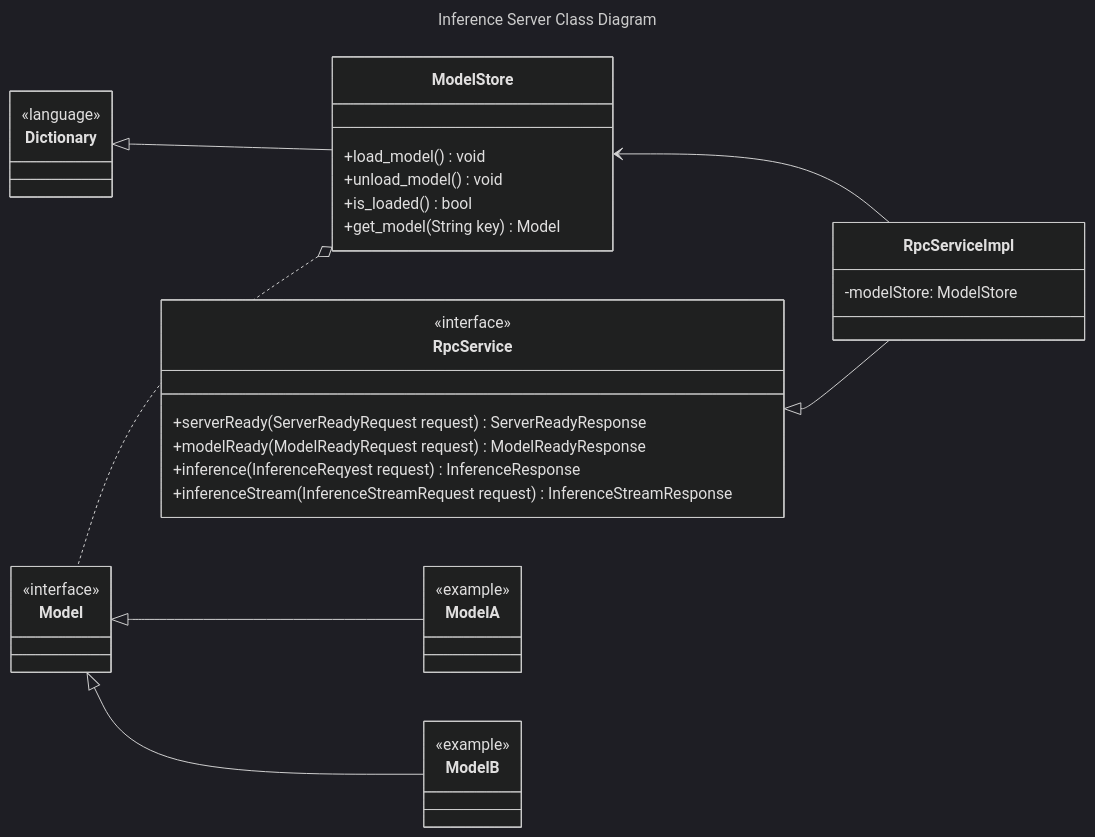
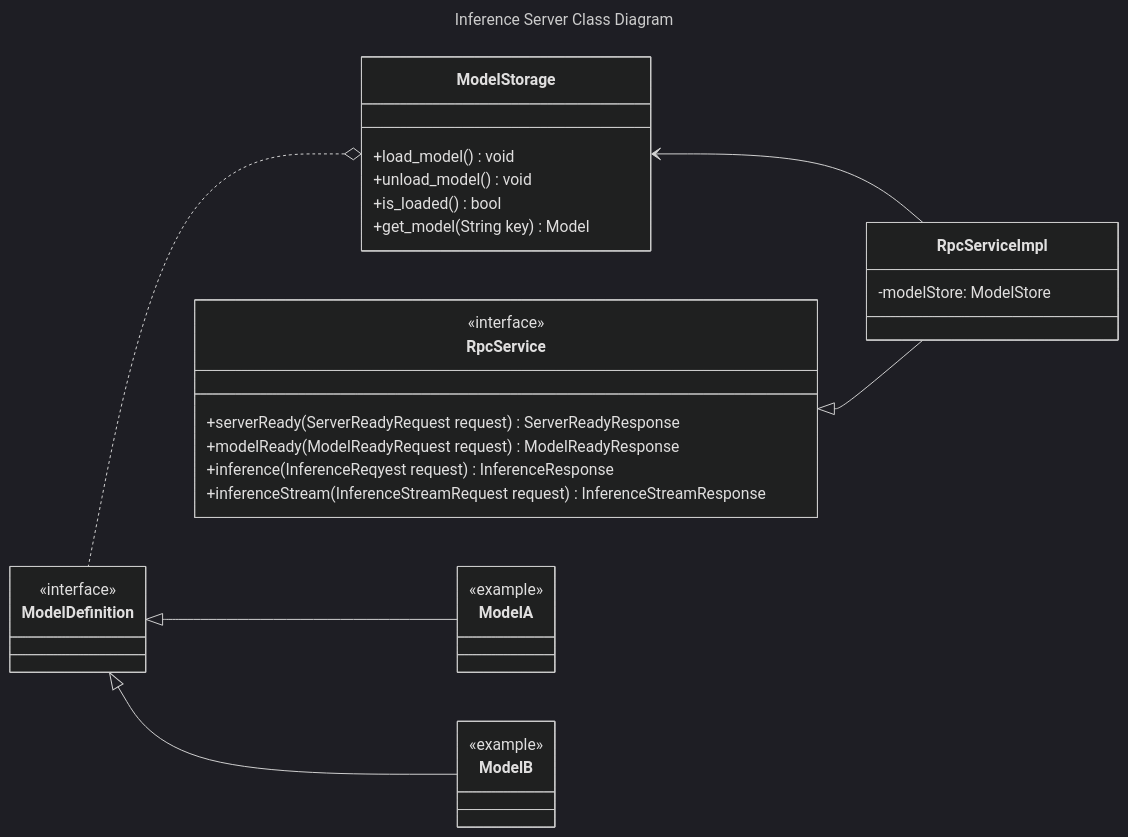
One commit to Ricaps/JEAD changed the diagram in AiDetector/inference-server/docs/inference-server.mermaid. Above: the diagram before and after it, drawn with Mermaid (dark theme). The commit also changed 16 other files, not shown here.

```diff
--- a/AiDetector/inference-server/docs/inference-server.mermaid
+++ b/AiDetector/inference-server/docs/inference-server.mermaid
@@ -1,45 +1,41 @@
 ---
 title: Inference Server Class Diagram
 config:
   defaultRenderer: elk
 ---
 classDiagram
-    class Model {
+    class ModelDefinition {
     }
-    <<interface>> Model
-    class Dictionary {
-    }
-    <<language>> Dictionary
-    class ModelStore {
+    <<interface>> ModelDefinition
+    class ModelStorage {
         +load_model() void
         +unload_model() void
         +is_loaded() bool
         +get_model(String key) Model
     }
 
     class RpcService {
         +serverReady(ServerReadyRequest request) ServerReadyResponse
         +modelReady(ModelReadyRequest request) ModelReadyResponse
         +inference(InferenceReqyest request) InferenceResponse
         +inferenceStream(InferenceStreamRequest request) InferenceStreamResponse
     }
     <<interface>> RpcService
 
     class RpcServiceImpl {
         -modelStore: ModelStore
     }
 
     class ModelA
     <<example>> ModelA
     class ModelB
     <<example>> ModelB
 
     direction RL
 
-    ModelStore --|> Dictionary
-    ModelStore o.. Model
-    ModelA --|> Model
-    ModelB --|> Model
+    ModelStorage o.. ModelDefinition
+    ModelA --|> ModelDefinition
+    ModelB --|> ModelDefinition
 
     RpcServiceImpl --|> RpcService
-    RpcServiceImpl --> ModelStore
+    RpcServiceImpl --> ModelStorage
```
